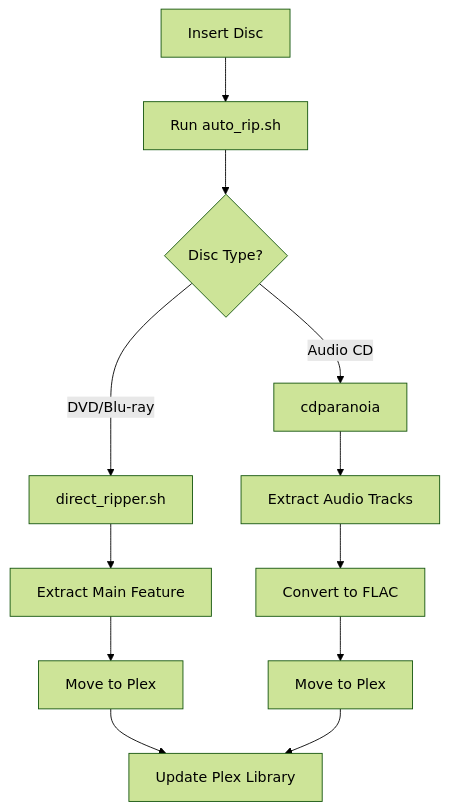
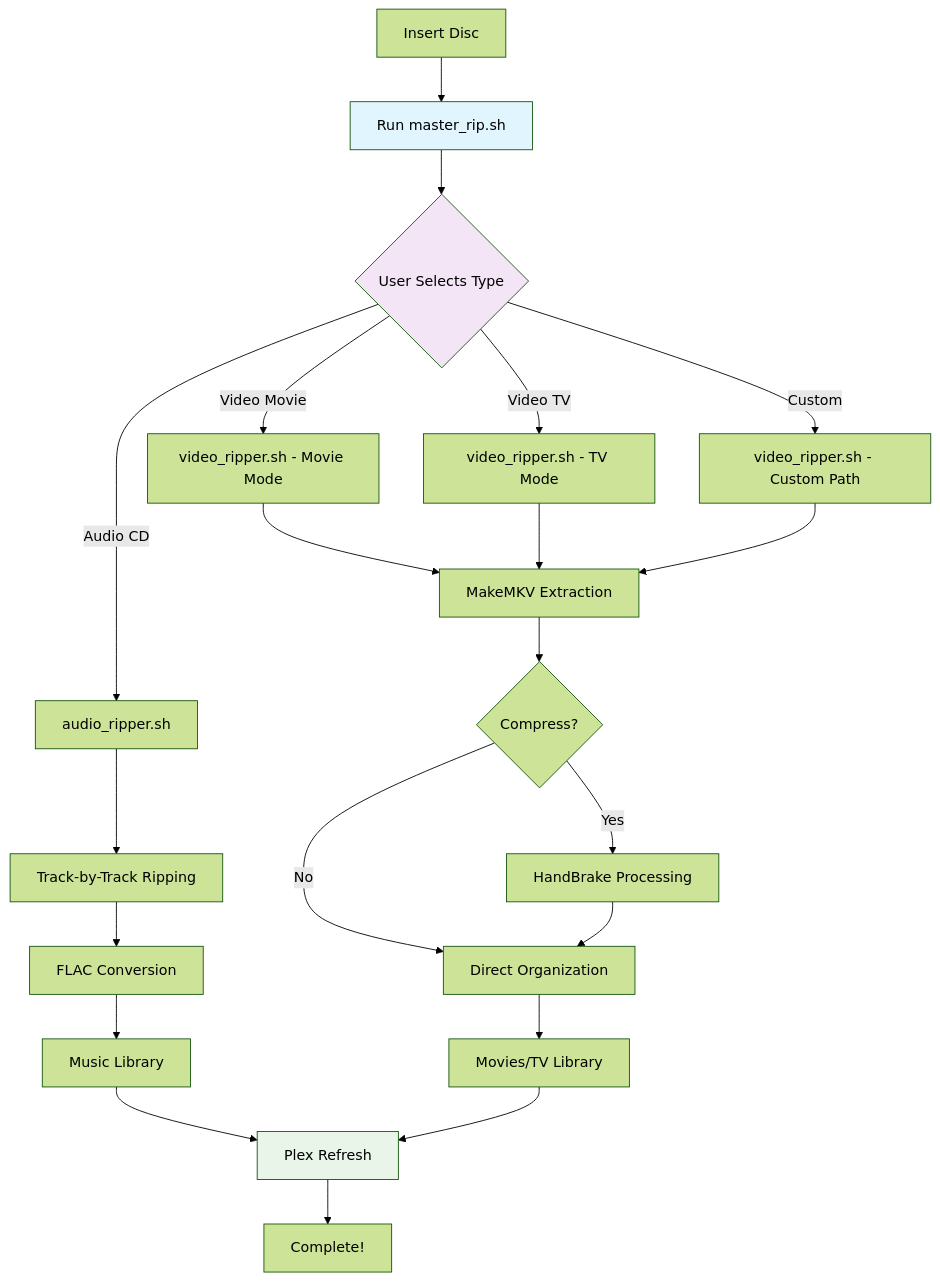
The diagram in README.md (VonHoltenCodes/plex-makemkv-cdparanoia-media-ripper), drawn with Mermaid (forest theme) before and after one commit. The commit also changed other lines of this file and 7 other files, not shown here.

First line of the commit message:
🚀 Major Update: v3.0 Master Rip System

````diff
--- a/README.md
+++ b/README.md
@@ -121,14 +284,31 @@
 ```mermaid
 graph TD
-    A[Insert Disc] --> B[Run auto_rip.sh]
-    B --> C{Disc Type?}
-    C -->|DVD/Blu-ray| D[direct_ripper.sh]
-    C -->|Audio CD| E[cdparanoia]
-    D --> F[Extract Main Feature]
-    E --> G[Extract Audio Tracks]
-    F --> H[Move to Plex]
-    G --> I[Convert to FLAC]
-    I --> J[Move to Plex]
-    H --> K[Update Plex Library]
-    J --> K
+    A[Insert Disc] --> B[Run master_rip.sh]
+    B --> C{User Selects Type}
+    C -->|Audio CD| D[audio_ripper.sh]
+    C -->|Video Movie| E[video_ripper.sh - Movie Mode]
+    C -->|Video TV| F[video_ripper.sh - TV Mode]
+    C -->|Custom| G[video_ripper.sh - Custom Path]
+    
+    D --> H[Track-by-Track Ripping]
+    E --> I[MakeMKV Extraction]
+    F --> I
+    G --> I
+    
+    H --> J[FLAC Conversion]
+    I --> K{Compress?}
+    K -->|Yes| L[HandBrake Processing]
+    K -->|No| M[Direct Organization]
+    L --> M
+    
+    J --> N[Music Library]
+    M --> O[Movies/TV Library]
+    
+    N --> P[Plex Refresh]
+    O --> P
+    P --> Q[Complete!]
+    
+    style B fill:#e1f5fe
+    style C fill:#f3e5f5
+    style P fill:#e8f5e8
 ```
````
